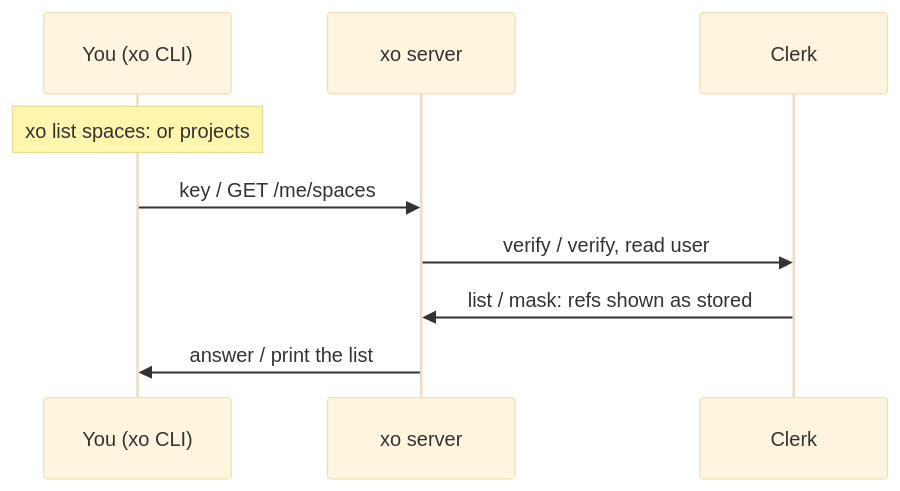
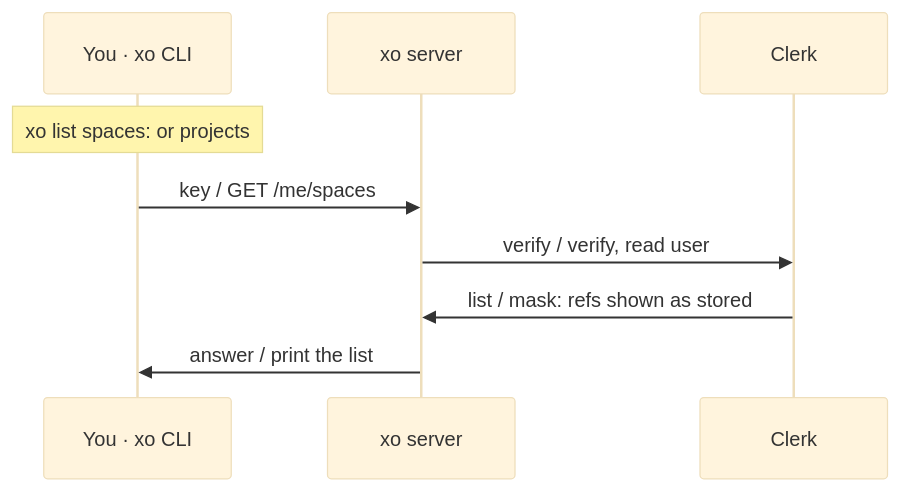
One commit to quirq-ai/xo changed diagram 16 of 30 in docs/architecture.md. Above: the diagram before and after it, drawn with Mermaid (base theme). The commit also changed other lines of this file and 13 other files, not shown here.

````diff
--- a/docs/architecture.md
+++ b/docs/architecture.md
@@ -321,11 +336,11 @@
 ```mermaid
 sequenceDiagram
-  participant CLI as You (xo CLI)
-  participant Server as xo server
+  participant Cli as You · xo CLI
+  participant Srv as xo server
   participant Clerk as Clerk
-  Note over CLI: xo list spaces: or projects
-  CLI->>Server: key / GET /me/spaces
-  Server->>Clerk: verify / verify, read user
-  Clerk->>Server: list / mask: refs shown as stored
-  Server->>CLI: answer / print the list
+  Note over Cli: xo list spaces: or projects
+  Cli->>Srv: key / GET /me/spaces
+  Srv->>Clerk: verify / verify, read user
+  Clerk->>Srv: list / mask: refs shown as stored
+  Srv->>Cli: answer / print the list
 ```
````
